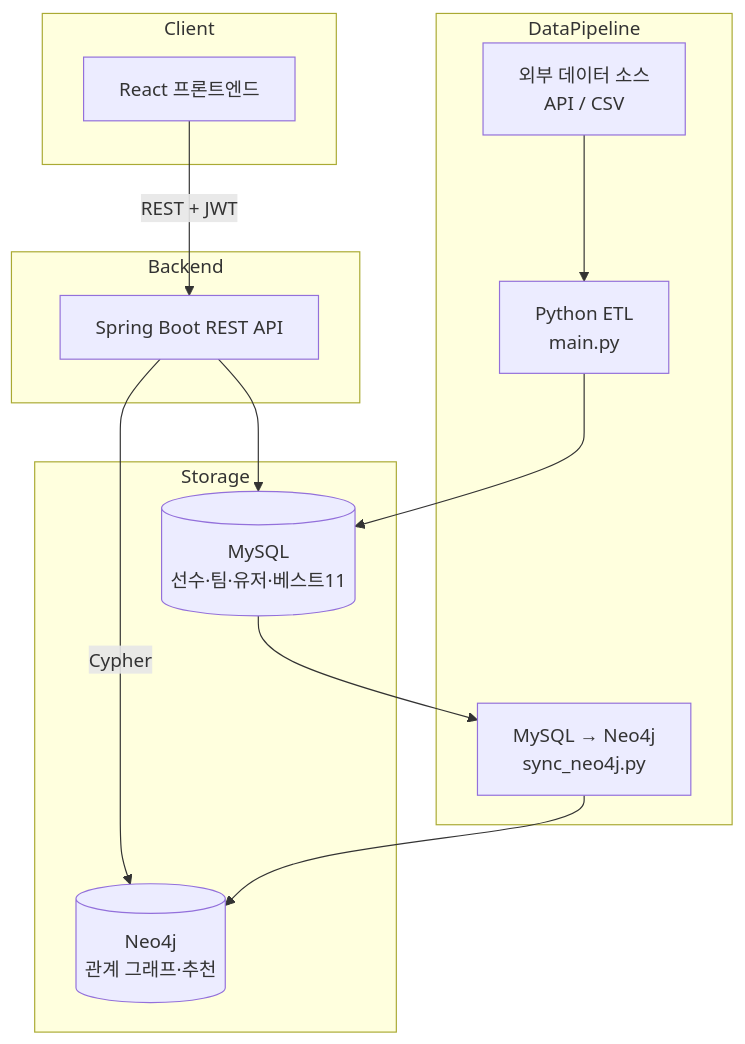
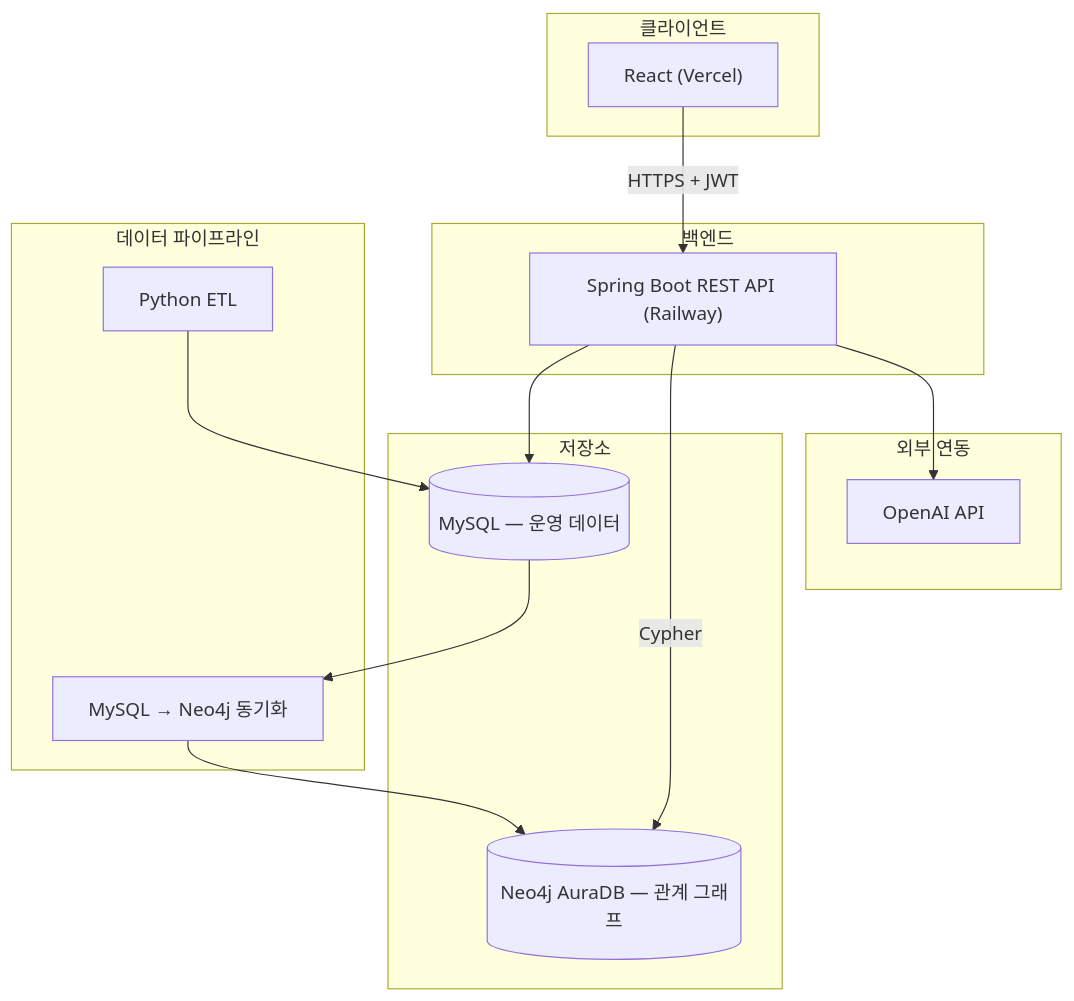
Before and after one commit to hyunsu1004/MyBEST11-BE: the diagram in README.md, drawn with Mermaid. The commit also changed other lines of this file, not shown here.

````diff
--- a/README.md
+++ b/README.md
@@ -37,27 +44,31 @@
 ```mermaid
 flowchart TB
-    subgraph Client
-        FE[React 프론트엔드]
+    subgraph Client["클라이언트"]
+        FE["React (Vercel)"]
     end
 
-    subgraph Backend
-        API[Spring Boot REST API]
+    subgraph Backend["백엔드"]
+        API["Spring Boot REST API (Railway)"]
     end
 
-    subgraph Storage
-        MySQL[(MySQL<br/>선수·팀·유저·베스트11)]
-        Neo4j[(Neo4j<br/>관계 그래프·추천)]
+    subgraph Storage["저장소"]
+        MySQL[("MySQL — 운영 데이터")]
+        Neo4j[("Neo4j AuraDB — 관계 그래프")]
     end
 
-    subgraph DataPipeline
-        ETL[Python ETL<br/>main.py]
-        Sync[MySQL → Neo4j<br/>sync_neo4j.py]
-        Source[외부 데이터 소스<br/>API / CSV]
+    subgraph External["외부 연동"]
+        OpenAI["OpenAI API"]
     end
 
-    FE -->|REST + JWT| API
+    subgraph Pipeline["데이터 파이프라인"]
+        ETL["Python ETL"]
+        Sync["MySQL → Neo4j 동기화"]
+    end
+
+    FE -->|HTTPS + JWT| API
     API --> MySQL
     API -->|Cypher| Neo4j
-    Source --> ETL --> MySQL
+    API --> OpenAI
+    ETL --> MySQL
     MySQL --> Sync --> Neo4j
 ```
````
